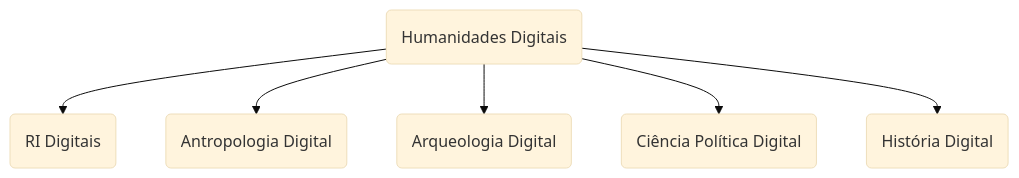
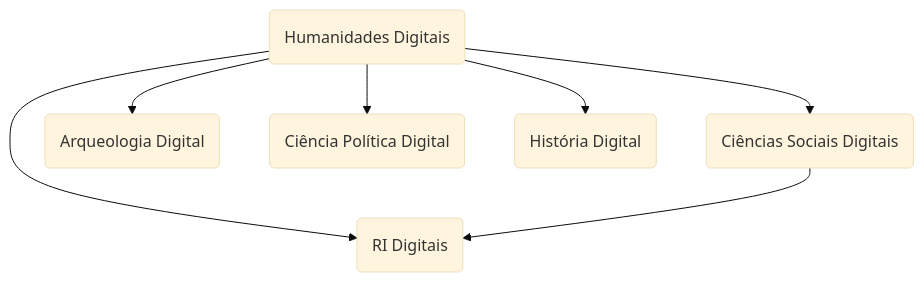
One commit to bcdavasconcelos/digital-foreign-relations changed the diagram in md/intro/index.qmd. Above: the diagram before and after it, drawn with Mermaid (base theme). The commit also changed other lines of this file and 63 other files, not shown here.

````diff
--- a/md/intro/index.qmd
+++ b/md/intro/index.qmd
@@ -9,8 +9,9 @@
 ```{mermaid}
 graph TD
-    A(Humanidades Digitais) --> B(RI Digitais)
+    A(Humanidades Digitais) --> B(Ciências Sociais Digitais)
     A --> C(Antropologia Digital)
+    B --> C(RI Digitais)
     A --> D(Arqueologia Digital)
     A --> E(Ciência Política Digital)
     A --> F(História Digital)
 ```
````
